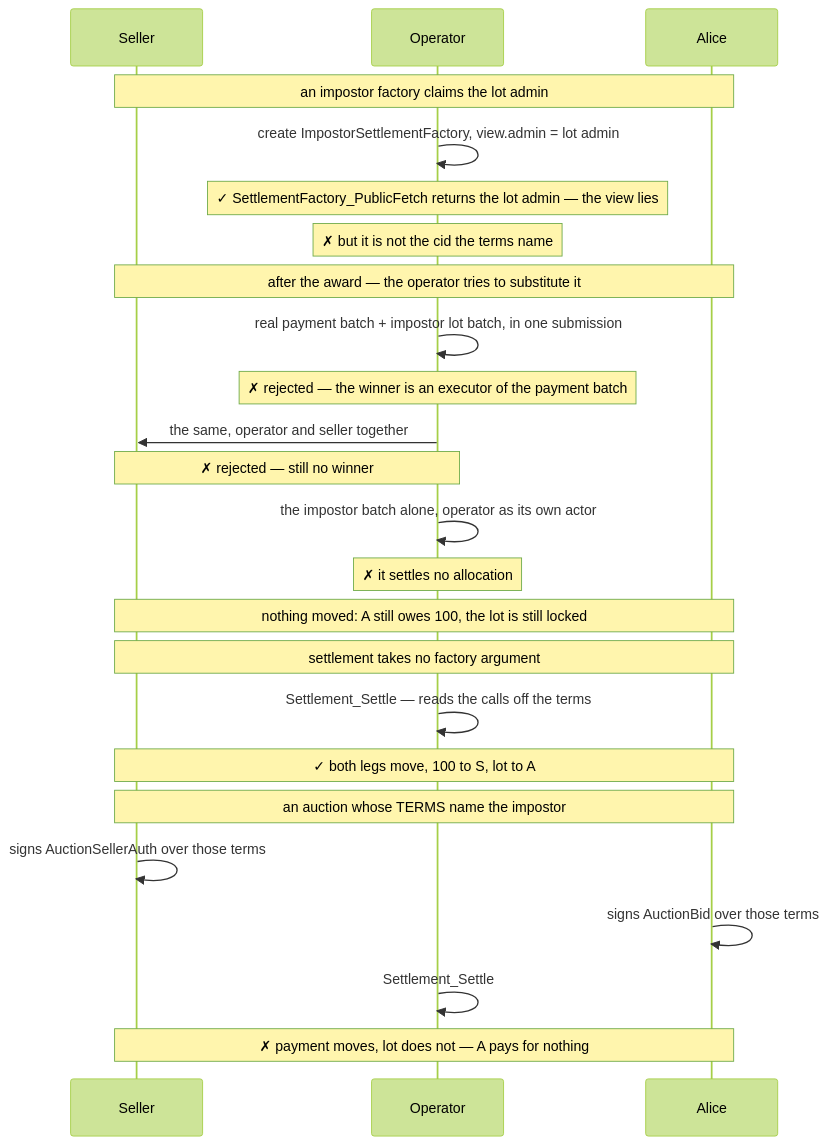
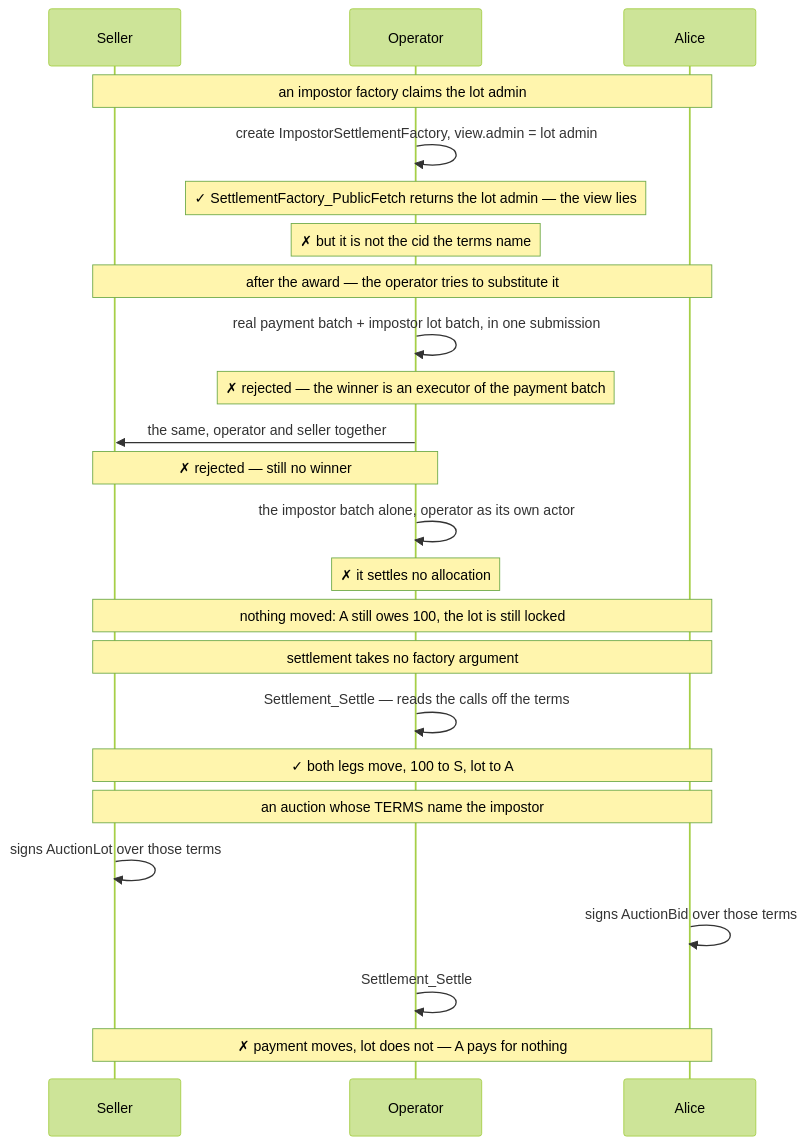
One commit to unlockitio/concordia changed the fifth of 6 diagrams in examples/auctions/sealed-bid-first-price-high-trust/DEMOS.md. Above: the diagram before and after it, drawn with Mermaid (forest theme). The commit also changed other lines of this file and 42 other files, not shown here.

````diff
--- a/examples/auctions/sealed-bid-first-price-high-trust/DEMOS.md
+++ b/examples/auctions/sealed-bid-first-price-high-trust/DEMOS.md
@@ -207,30 +212,30 @@
 ```mermaid
 sequenceDiagram
     participant S as Seller
     participant O as Operator
     participant A as Alice
 
     Note over S,A: an impostor factory claims the lot admin
     O->>O: create ImpostorSettlementFactory, view.admin = lot admin
     Note over O: ✓ SettlementFactory_PublicFetch returns the lot admin — the view lies
     Note over O: ✗ but it is not the cid the terms name
 
     Note over S,A: after the award — the operator tries to substitute it
     O->>O: real payment batch + impostor lot batch, in one submission
     Note over O: ✗ rejected — the winner is an executor of the payment batch
     O->>S: the same, operator and seller together
     Note over S,O: ✗ rejected — still no winner
     O->>O: the impostor batch alone, operator as its own actor
     Note over O: ✗ it settles no allocation
     Note over S,A: nothing moved: A still owes 100, the lot is still locked
 
     Note over S,A: settlement takes no factory argument
     O->>O: Settlement_Settle — reads the calls off the terms
     Note over S,A: ✓ both legs move, 100 to S, lot to A
 
     Note over S,A: an auction whose TERMS name the impostor
-    S->>S: signs AuctionSellerAuth over those terms
+    S->>S: signs AuctionLot over those terms
     A->>A: signs AuctionBid over those terms
     O->>O: Settlement_Settle
     Note over S,A: ✗ payment moves, lot does not — A pays for nothing
 ```
````
